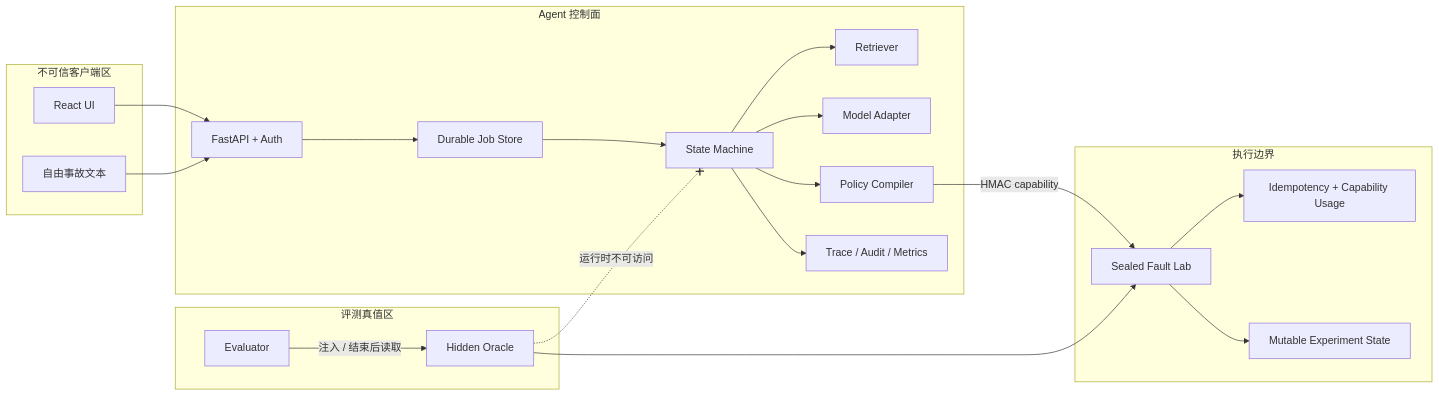
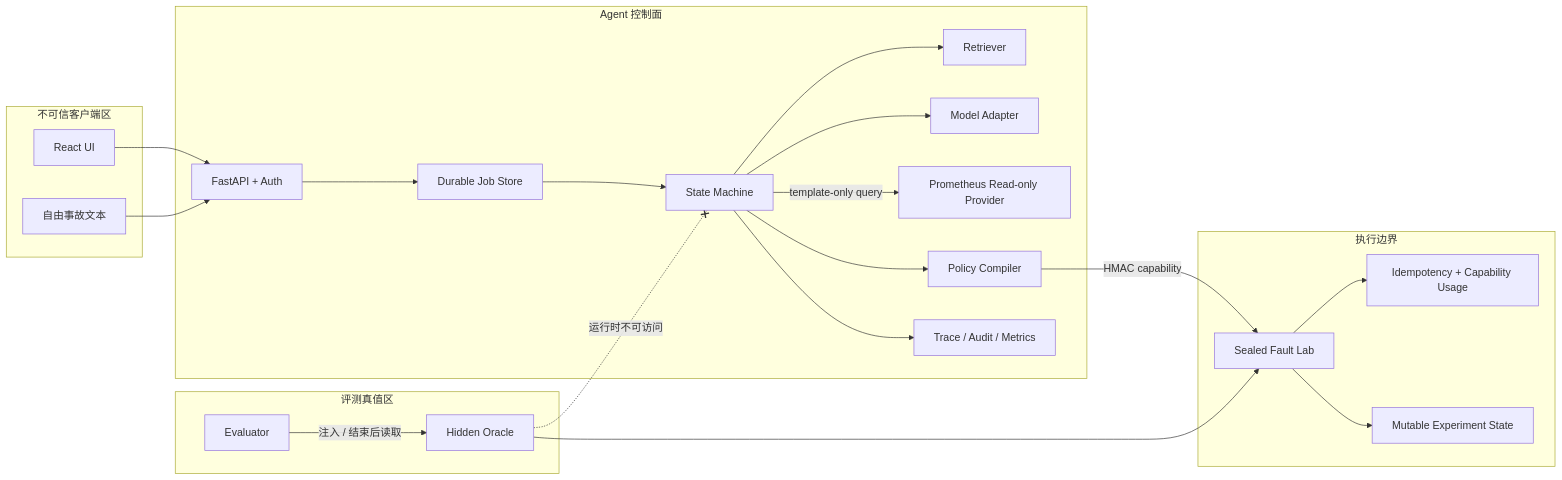
Before and after one commit to tianhao8687/shou-ba-shou-jiaoxue-ai-agent: the first of 2 diagrams in docs/architecture.md, drawn with Mermaid. The commit also changed other lines of this file and 48 other files, not shown here.

````diff
--- a/docs/architecture.md
+++ b/docs/architecture.md
@@ -26,40 +28,42 @@
 ```mermaid
 flowchart LR
     subgraph Client["不可信客户端区"]
       UI["React UI"]
       INCIDENT["自由事故文本"]
     end
     subgraph Control["Agent 控制面"]
       API["FastAPI + Auth"]
       JOB["Durable Job Store"]
       ENGINE["State Machine"]
       RAG["Retriever"]
       MODEL["Model Adapter"]
+      PROM["Prometheus Read-only Provider"]
       POLICY["Policy Compiler"]
       AUDIT["Trace / Audit / Metrics"]
     end
     subgraph Execution["执行边界"]
       LAB["Sealed Fault Lab"]
       IDEM["Idempotency + Capability Usage"]
       STATE["Mutable Experiment State"]
     end
     subgraph Oracle["评测真值区"]
       EVAL["Evaluator"]
       TRUTH["Hidden Oracle"]
     end
 
     UI --> API
     INCIDENT --> API
     API --> JOB
     JOB --> ENGINE
     ENGINE --> RAG
     ENGINE --> MODEL
+    ENGINE -->|"template-only query"| PROM
     ENGINE --> POLICY
     POLICY -->|"HMAC capability"| LAB
     LAB --> IDEM
     LAB --> STATE
     ENGINE --> AUDIT
     EVAL -->|"注入 / 结束后读取"| TRUTH
     TRUTH --> LAB
     TRUTH -. "运行时不可访问" .-x ENGINE
 ```
````
